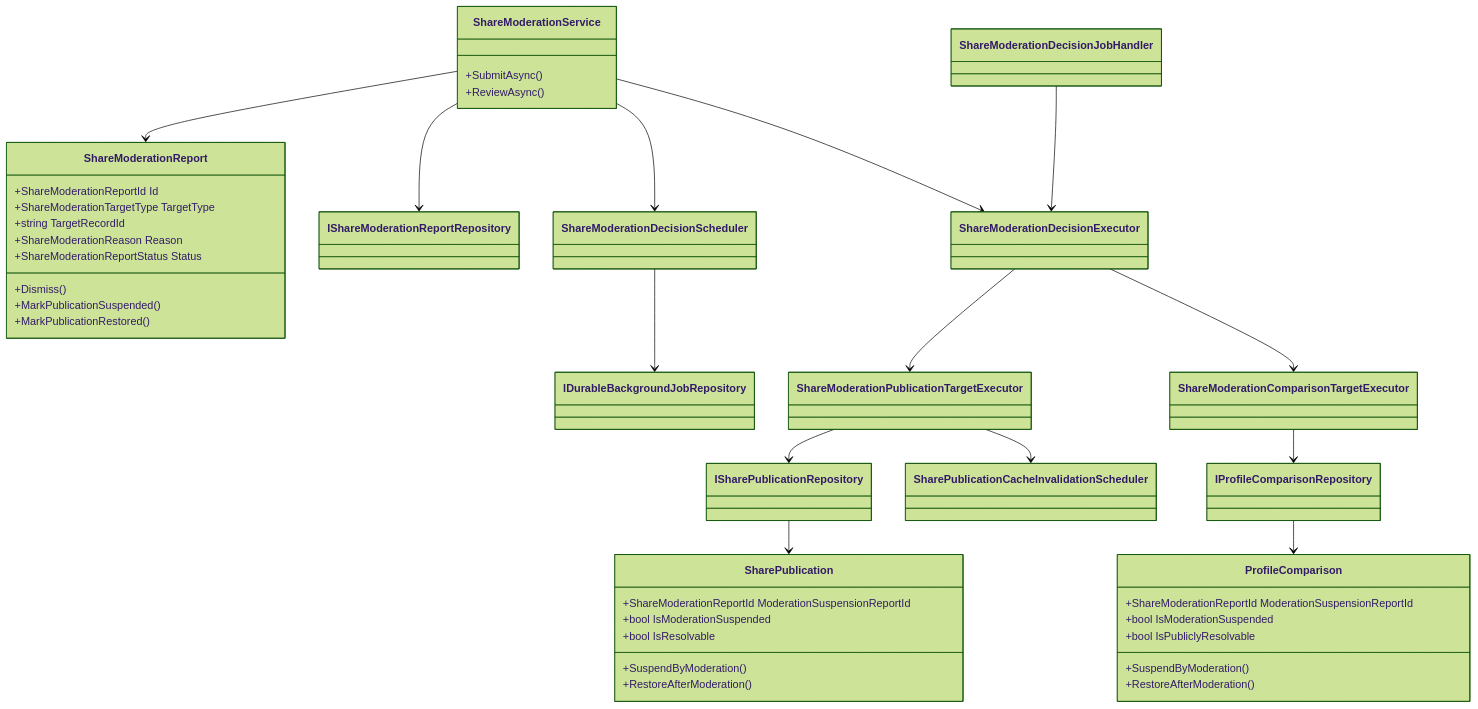
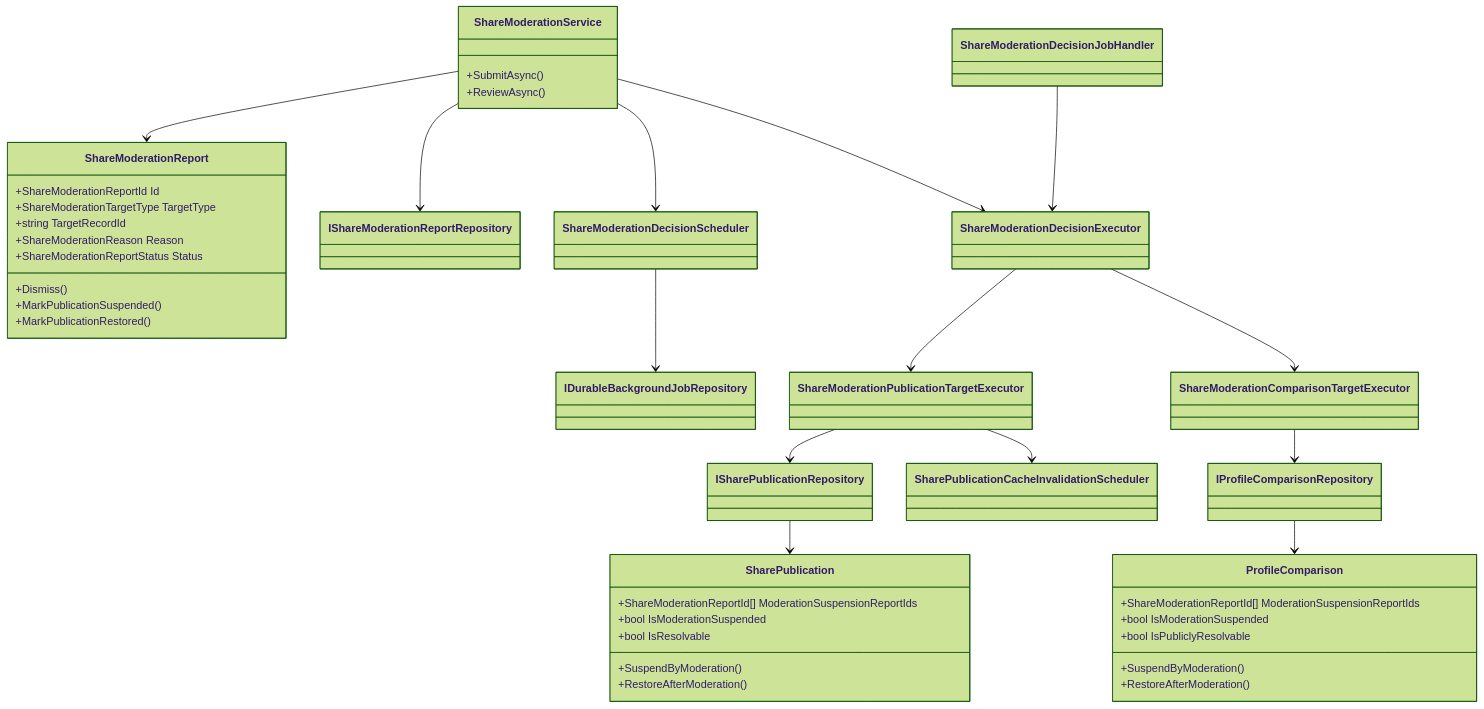
Before and after one commit to Ced59/AmusementParkProject: the first of 4 diagrams in docs/architecture/product-growth-share-13-public-share-moderation-2026-09-13.md, drawn with Mermaid (forest theme). The commit also changed other lines of this file and 22 other files, not shown here.

````diff
--- a/docs/architecture/product-growth-share-13-public-share-moderation-2026-09-13.md
+++ b/docs/architecture/product-growth-share-13-public-share-moderation-2026-09-13.md
@@ -27,55 +27,55 @@
 ```mermaid
 classDiagram
   class ShareModerationReport {
     +ShareModerationReportId Id
     +ShareModerationTargetType TargetType
     +string TargetRecordId
     +ShareModerationReason Reason
     +ShareModerationReportStatus Status
     +Dismiss()
     +MarkPublicationSuspended()
     +MarkPublicationRestored()
   }
   class SharePublication {
-    +ShareModerationReportId ModerationSuspensionReportId
+    +ShareModerationReportId[] ModerationSuspensionReportIds
     +bool IsModerationSuspended
     +bool IsResolvable
     +SuspendByModeration()
     +RestoreAfterModeration()
   }
   class ProfileComparison {
-    +ShareModerationReportId ModerationSuspensionReportId
+    +ShareModerationReportId[] ModerationSuspensionReportIds
     +bool IsModerationSuspended
     +bool IsPubliclyResolvable
     +SuspendByModeration()
     +RestoreAfterModeration()
   }
   class ShareModerationService {
     +SubmitAsync()
     +ReviewAsync()
   }
   class ShareModerationDecisionScheduler
   class ShareModerationDecisionExecutor
   class ShareModerationPublicationTargetExecutor
   class ShareModerationComparisonTargetExecutor
   class ShareModerationDecisionJobHandler
   class IDurableBackgroundJobRepository
   class IShareModerationReportRepository
   class ISharePublicationRepository
   class IProfileComparisonRepository
   class SharePublicationCacheInvalidationScheduler
 
   ShareModerationService --> ShareModerationReport
   ShareModerationService --> IShareModerationReportRepository
   ShareModerationService --> ShareModerationDecisionScheduler
   ShareModerationService --> ShareModerationDecisionExecutor
   ShareModerationDecisionScheduler --> IDurableBackgroundJobRepository
   ShareModerationDecisionJobHandler --> ShareModerationDecisionExecutor
   ShareModerationDecisionExecutor --> ShareModerationPublicationTargetExecutor
   ShareModerationDecisionExecutor --> ShareModerationComparisonTargetExecutor
   ShareModerationPublicationTargetExecutor --> ISharePublicationRepository
   ShareModerationPublicationTargetExecutor --> SharePublicationCacheInvalidationScheduler
   ShareModerationComparisonTargetExecutor --> IProfileComparisonRepository
   ISharePublicationRepository --> SharePublication
   IProfileComparisonRepository --> ProfileComparison
 ```
````
